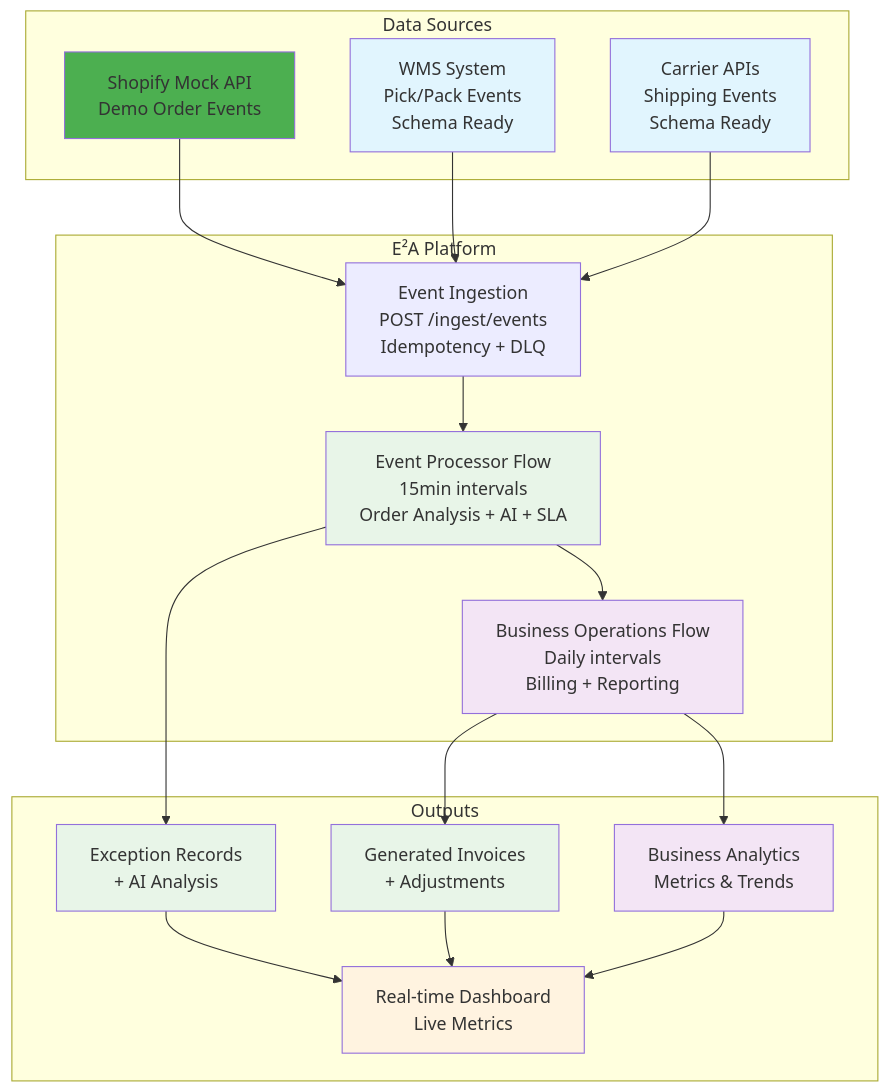
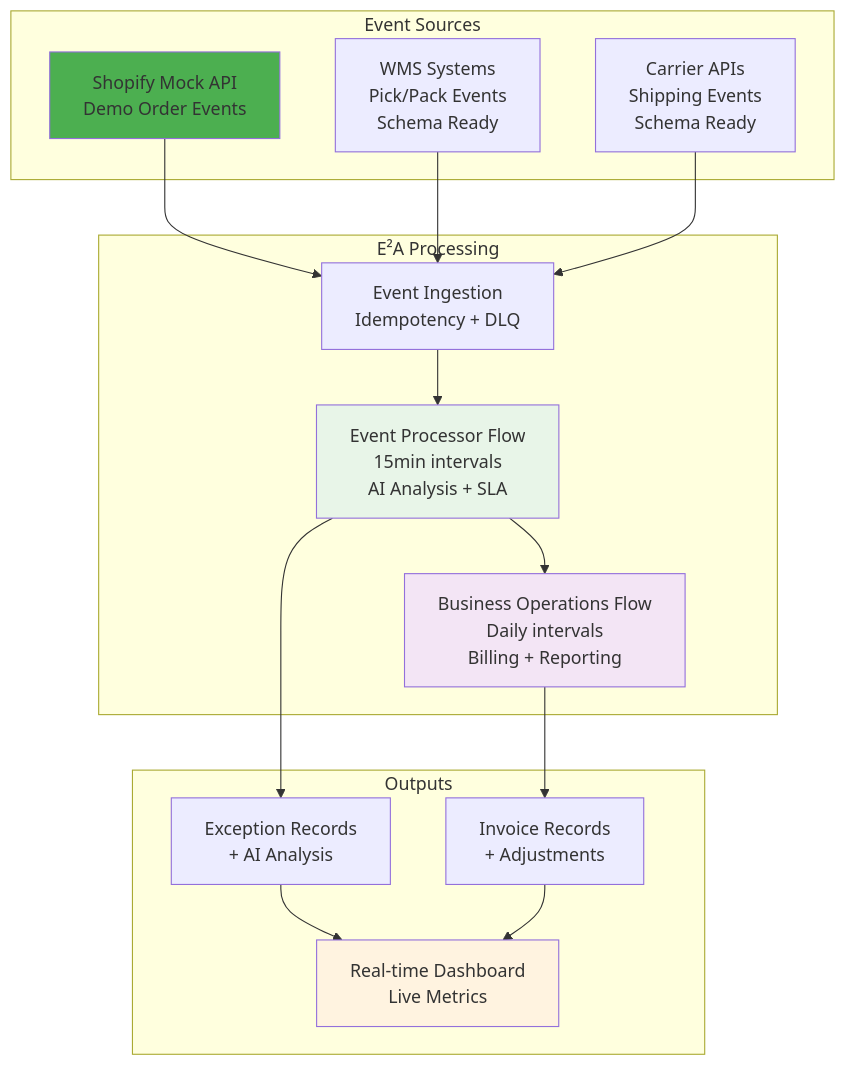
One commit to chernistry/e2a changed the diagram in README.md. Above: the diagram before and after it, drawn with Mermaid. The commit also changed other lines of this file and 3 other files, not shown here.

````diff
--- a/README.md
+++ b/README.md
@@ -146,45 +94,37 @@
 ```mermaid
 flowchart TD
-    subgraph "Data Sources"
-        SHOPIFY_MOCK[Shopify Mock API<br/>Demo Order Events]
-        WMS[WMS System<br/>Pick/Pack Events<br/>Schema Ready]
+    subgraph "Event Sources"
+        SHOPIFY[Shopify Mock API<br/>Demo Order Events]
+        WMS[WMS Systems<br/>Pick/Pack Events<br/>Schema Ready]
         CARRIER[Carrier APIs<br/>Shipping Events<br/>Schema Ready]
     end
     
-    subgraph "E²A Platform"
-        INGEST[Event Ingestion<br/>POST /ingest/events<br/>Idempotency + DLQ]
-        EVENT_PROCESSOR[Event Processor Flow<br/>15min intervals<br/>Order Analysis + AI + SLA]
-        BUSINESS_OPS[Business Operations Flow<br/>Daily intervals<br/>Billing + Reporting]
+    subgraph "E²A Processing"
+        INGEST[Event Ingestion<br/>Idempotency + DLQ]
+        EVENT_FLOW[Event Processor Flow<br/>15min intervals<br/>AI Analysis + SLA]
+        BUSINESS_FLOW[Business Operations Flow<br/>Daily intervals<br/>Billing + Reporting]
     end
     
     subgraph "Outputs"
         EXCEPTIONS[Exception Records<br/>+ AI Analysis]
-        INVOICES[Generated Invoices<br/>+ Adjustments]
+        INVOICES[Invoice Records<br/>+ Adjustments]
         DASHBOARD[Real-time Dashboard<br/>Live Metrics]
-        REPORTS[Business Analytics<br/>Metrics & Trends]
     end
     
-    SHOPIFY_MOCK --> INGEST
+    SHOPIFY --> INGEST
     WMS --> INGEST
     CARRIER --> INGEST
     
-    INGEST --> EVENT_PROCESSOR
-    EVENT_PROCESSOR --> EXCEPTIONS
-    EVENT_PROCESSOR --> BUSINESS_OPS
-    BUSINESS_OPS --> INVOICES
-    BUSINESS_OPS --> REPORTS
+    INGEST --> EVENT_FLOW
+    EVENT_FLOW --> EXCEPTIONS
+    EVENT_FLOW --> BUSINESS_FLOW
+    BUSINESS_FLOW --> INVOICES
     
     EXCEPTIONS --> DASHBOARD
     INVOICES --> DASHBOARD
-    REPORTS --> DASHBOARD
     
-    style SHOPIFY_MOCK fill:#4caf50
-    style WMS fill:#e1f5fe
-    style CARRIER fill:#e1f5fe
-    style EVENT_PROCESSOR fill:#e8f5e8
-    style BUSINESS_OPS fill:#f3e5f5
-    style EXCEPTIONS fill:#e8f5e8
-    style INVOICES fill:#e8f5e8
+    style SHOPIFY fill:#4caf50
+    style EVENT_FLOW fill:#e8f5e8
+    style BUSINESS_FLOW fill:#f3e5f5
     style DASHBOARD fill:#fff3e0
-    style REPORTS fill:#f3e5f5
 ```
````
